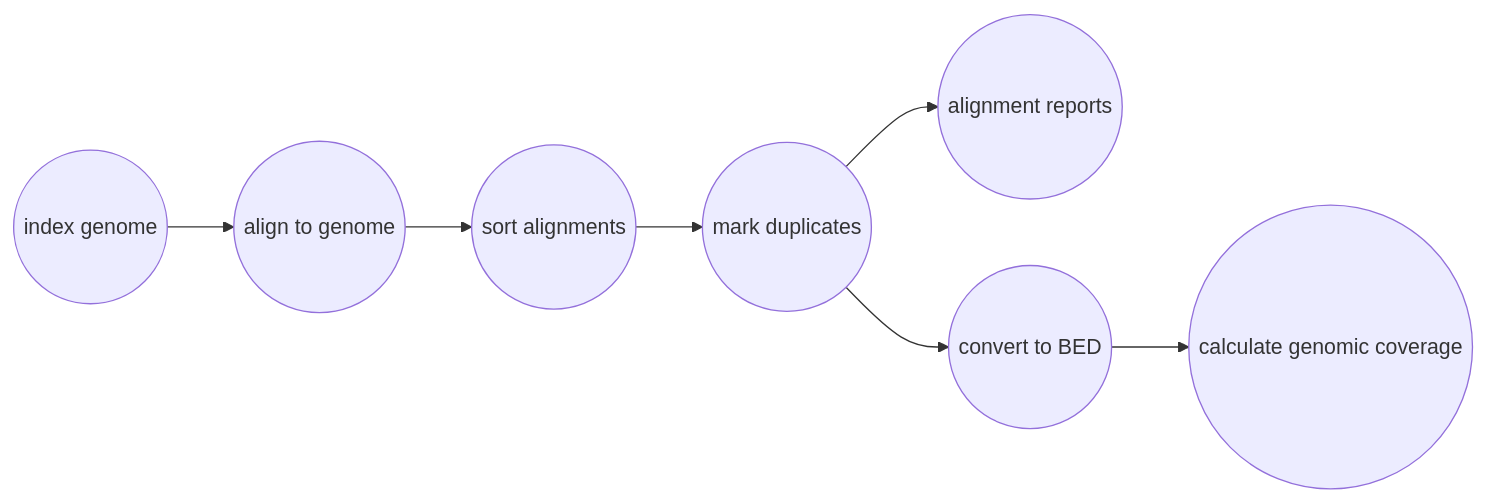
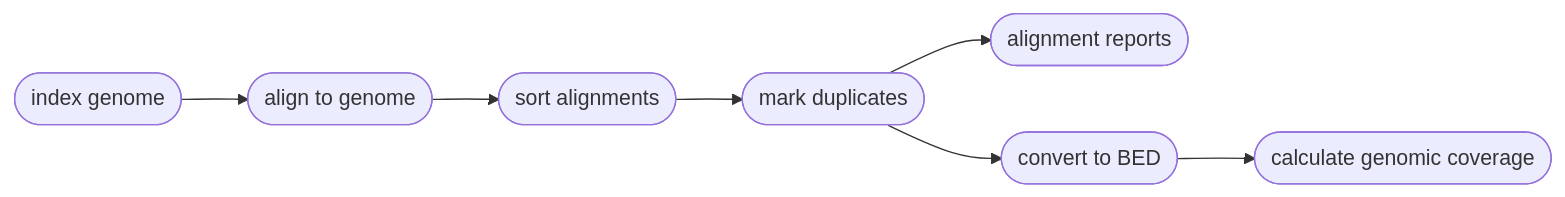
One commit to pdimens/harpy changed the second of 2 diagrams in Modules/readmapping.md. Above: the diagram before and after it, drawn with Mermaid. The commit also changed other lines of this file and 4 other files, not shown here.

````diff
--- a/Modules/readmapping.md
+++ b/Modules/readmapping.md
@@ -80,9 +80,9 @@
 ```mermaid
 graph LR
-    A((index genome)) --> B((align to genome))
-    B-->C((sort alignments))
-    C-->D((mark duplicates))
-    D-->E((alignment reports))
-    D-->F((convert to BED))
-    F-->G((calculate genomic coverage))
+    A([index genome]) --> B([align to genome])
+    B-->C([sort alignments])
+    C-->D([mark duplicates])
+    D-->E([alignment reports])
+    D-->F([convert to BED])
+    F-->G([calculate genomic coverage])
 ```
````
